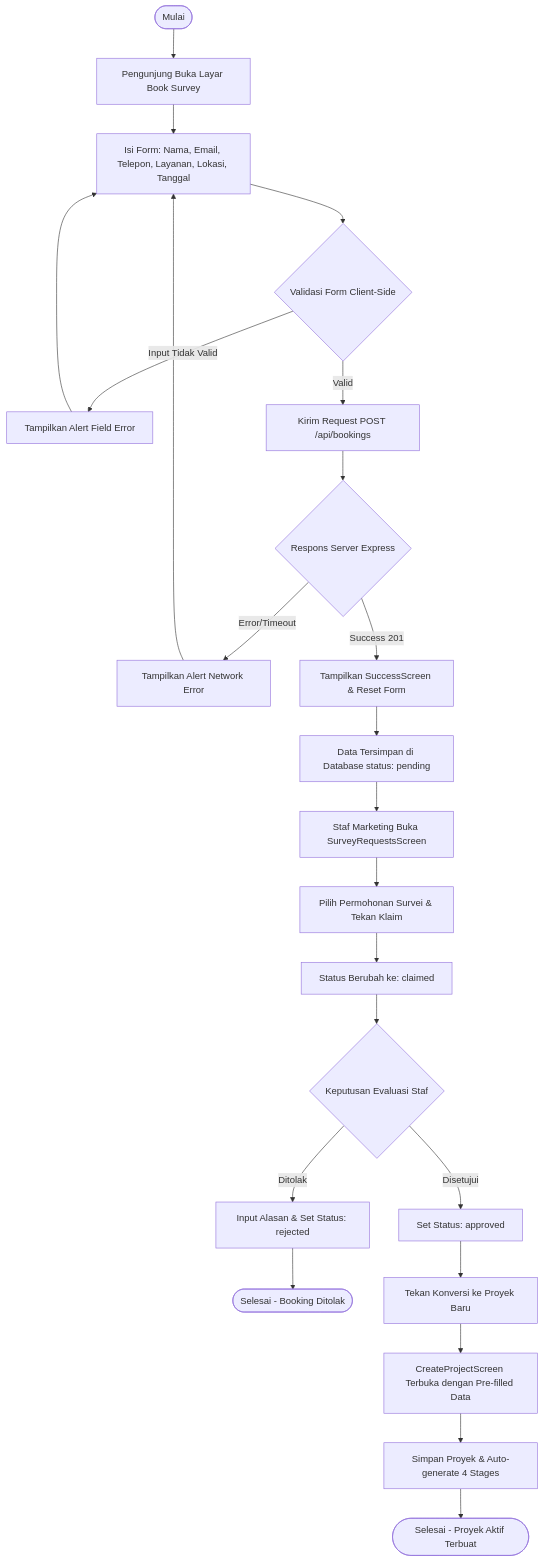
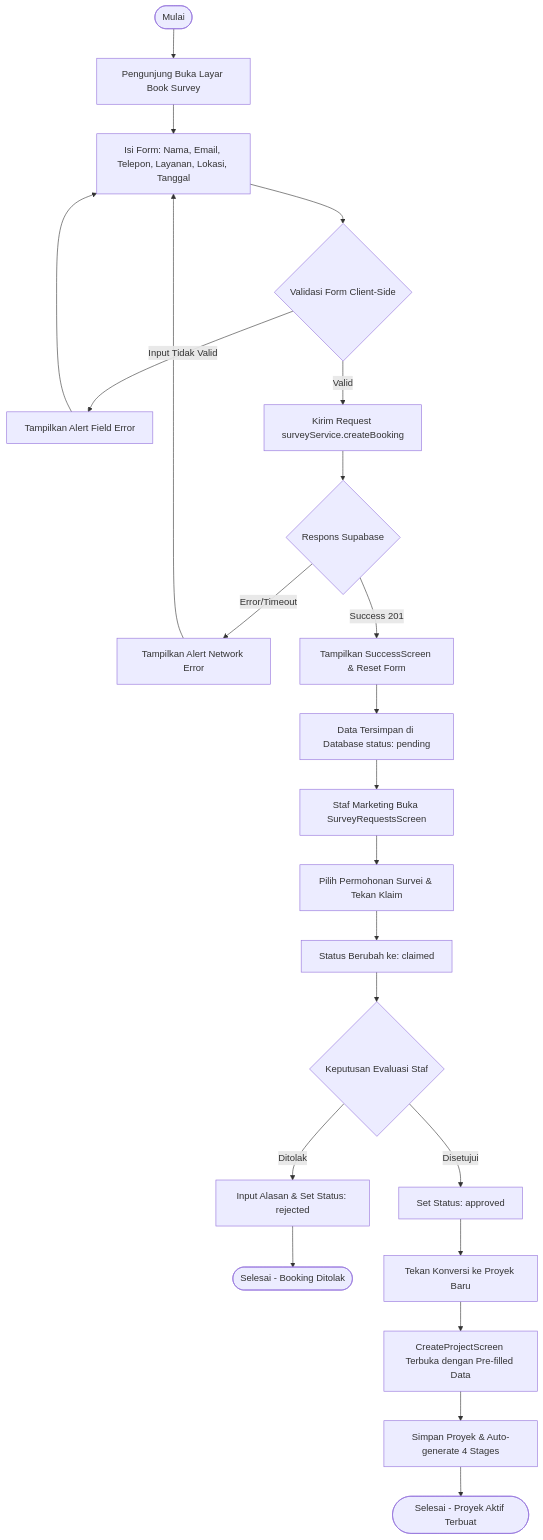
Before and after one commit to fajar-dev/gsi-one: the first of 3 diagrams in docs/03_Architecture_Design/UML/Activity.md, drawn with Mermaid. The commit also changed other lines of this file and 213 other files, not shown here.

````diff
--- a/docs/03_Architecture_Design/UML/Activity.md
+++ b/docs/03_Architecture_Design/UML/Activity.md
@@ -8,26 +8,26 @@
 ```mermaid
 flowchart TD
     Start([Mulai]) --> A[Pengunjung Buka Layar Book Survey]
     A --> B[Isi Form: Nama, Email, Telepon, Layanan, Lokasi, Tanggal]
     B --> C{Validasi Form Client-Side}
     C -->|Input Tidak Valid| Err1[Tampilkan Alert Field Error]
     Err1 --> B
-    C -->|Valid| D[Kirim Request POST /api/bookings]
-    D --> E{Respons Server Express}
+    C -->|Valid| D[Kirim Request surveyService.createBooking]
+    D --> E{Respons Supabase}
     E -->|Error/Timeout| Err2[Tampilkan Alert Network Error]
     Err2 --> B
     E -->|Success 201| F[Tampilkan SuccessScreen & Reset Form]
     F --> G[Data Tersimpan di Database status: pending]
     
     G --> H[Staf Marketing Buka SurveyRequestsScreen]
     H --> I[Pilih Permohonan Survei & Tekan Klaim]
     I --> J[Status Berubah ke: claimed]
     J --> K{Keputusan Evaluasi Staf}
     K -->|Ditolak| L[Input Alasan & Set Status: rejected]
     L --> End1([Selesai - Booking Ditolak])
     K -->|Disetujui| M[Set Status: approved]
     M --> N[Tekan Konversi ke Proyek Baru]
     N --> O[CreateProjectScreen Terbuka dengan Pre-filled Data]
     O --> P[Simpan Proyek & Auto-generate 4 Stages]
     P --> End2([Selesai - Proyek Aktif Terbuat])
 ```
````
